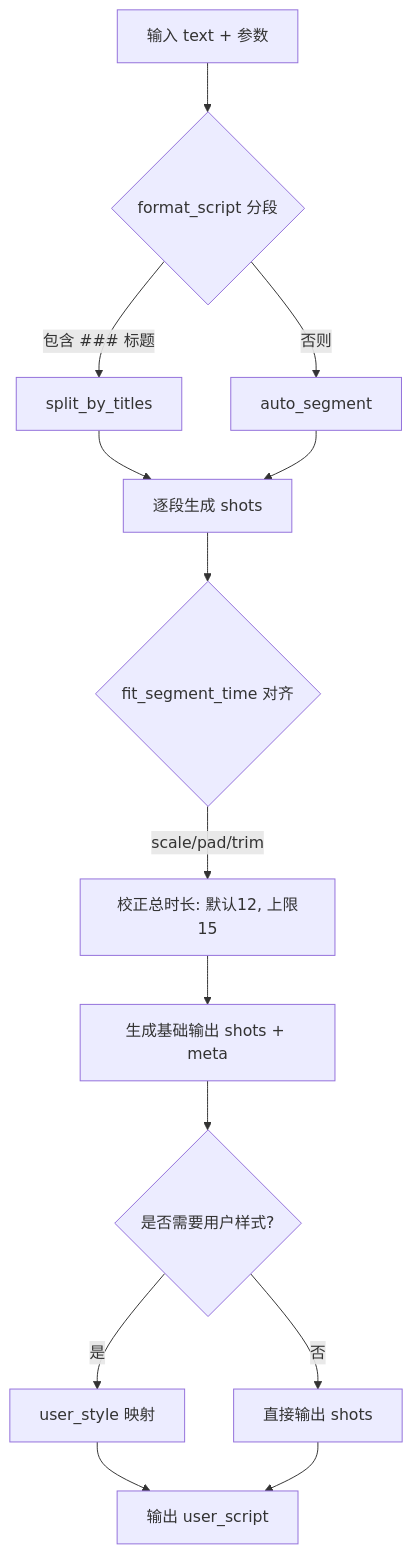
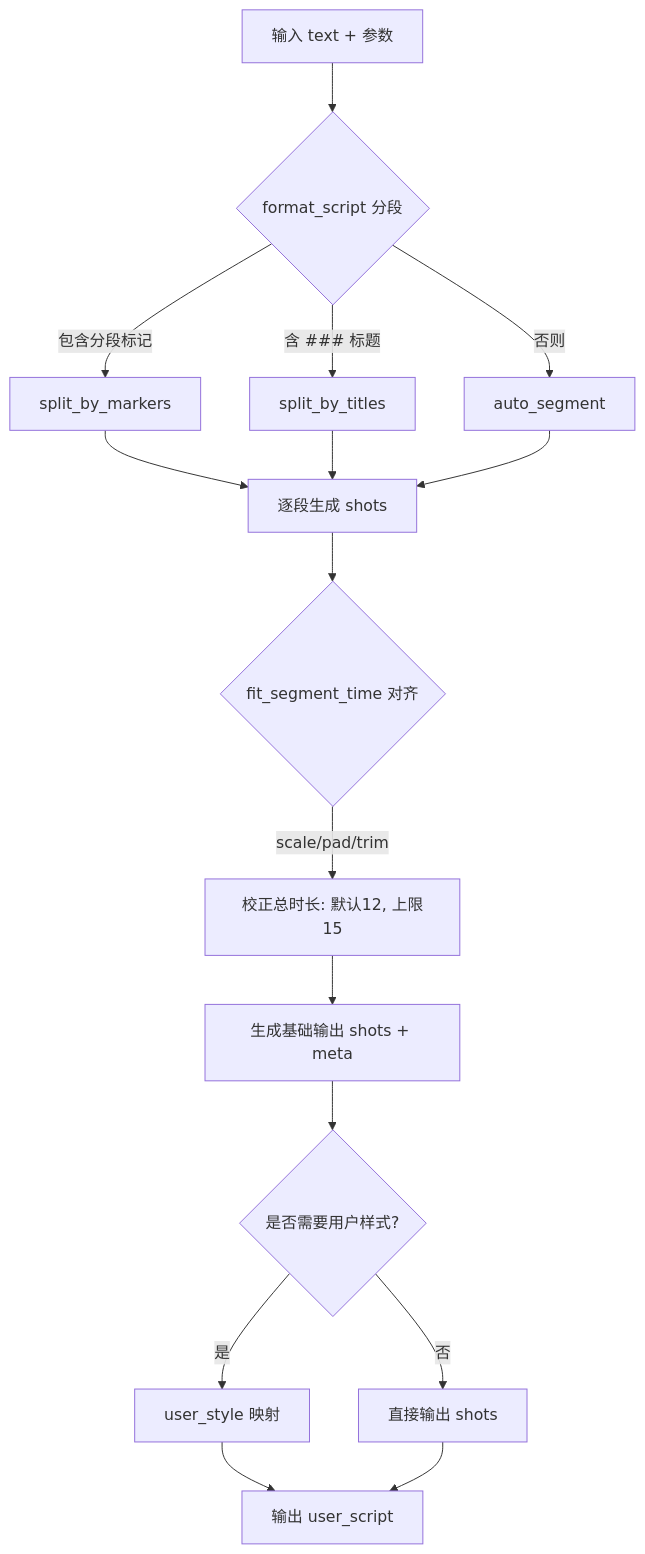
One commit to leon30083/sor2-prompt-mcp changed the first of 2 diagrams in prompts/sora2_agent_config.md. Above: the diagram before and after it, drawn with Mermaid. The commit also changed other lines of this file, not shown here.

Commit message:
docs(agent-config): 支持分段标记优先识别；更新流程图与分段规则说明

````diff
--- a/prompts/sora2_agent_config.md
+++ b/prompts/sora2_agent_config.md
@@ -45,16 +45,18 @@
 ```mermaid
 flowchart TD
   A[输入 text + 参数] --> B{format_script 分段}
-  B -- 包含 ### 标题 --> C[split_by_titles]
+  B -- 包含分段标记 --> M[split_by_markers]
+  B -- 含 ### 标题 --> C[split_by_titles]
   B -- 否则 --> D[auto_segment]
+  M --> E
   C --> E[逐段生成 shots]
   D --> E
   E --> F{fit_segment_time 对齐}
   F -- scale/pad/trim --> G[校正总时长: 默认12, 上限15]
   G --> H[生成基础输出 shots + meta]
   H --> I{是否需要用户样式?}
   I -- 是 --> J[user_style 映射]
   I -- 否 --> K[直接输出 shots]
   J --> L[输出 user_script]
   K --> L
 ```
````
